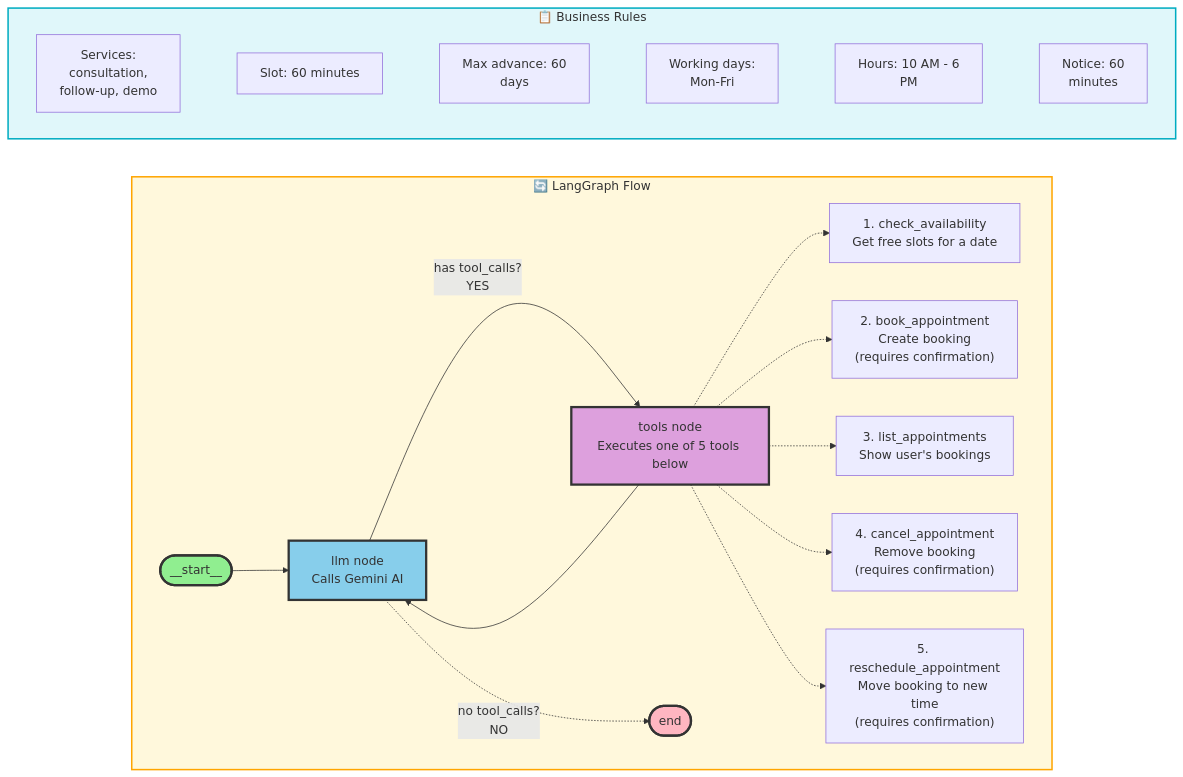
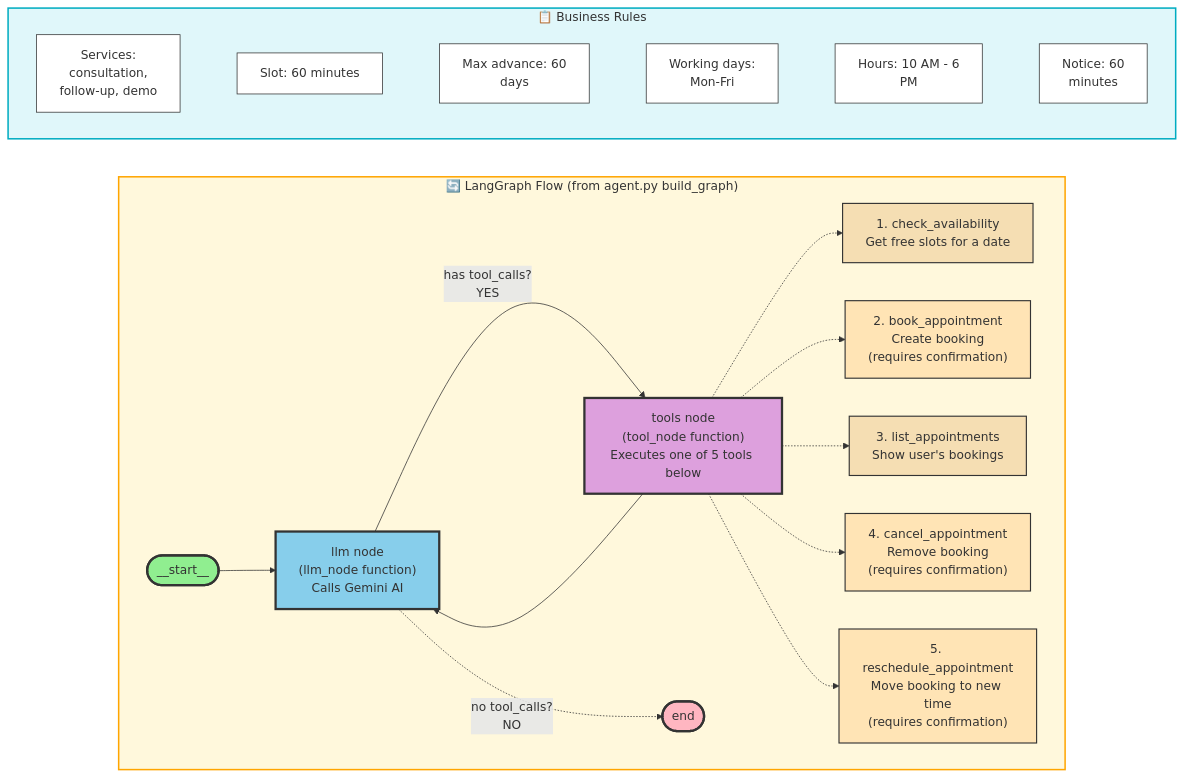
The diagram in README.md (SoftCr8ors/AI-Appointment-Booking-Agent), drawn with Mermaid before and after one commit.

Commit message:
Update mermaid diagram with full styles and details

````diff
--- a/README.md
+++ b/README.md
@@ -28,48 +28,61 @@
 ```mermaid
 flowchart TB
     subgraph RULES["📋 Business Rules"]
         direction LR
         R1["Services:<br/>consultation,<br/>follow-up, demo"]
         R2["Slot: 60 minutes"]
         R3["Max advance: 60<br/>days"]
         R4["Working days:<br/>Mon-Fri"]
         R5["Hours: 10 AM - 6<br/>PM"]
         R6["Notice: 60<br/>minutes"]
 
         R1 ~~~ R2 ~~~ R3 ~~~ R4 ~~~ R5 ~~~ R6
     end
 
-    subgraph FLOW["🔄 LangGraph Flow"]
+    subgraph FLOW["🔄 LangGraph Flow (from agent.py build_graph)"]
         START(["__start__"])
-        LLM["llm node<br/>Calls Gemini AI"]
-        TOOLS["tools node<br/>Executes one of 5 tools below"]
+        LLM["llm node<br/>(llm_node function)<br/>Calls Gemini AI"]
+        TOOLS["tools node<br/>(tool_node function)<br/>Executes one of 5 tools below"]
         END(["end"])
 
         T1["1. check_availability<br/>Get free slots for a date"]
         T2["2. book_appointment<br/>Create booking<br/>(requires confirmation)"]
         T3["3. list_appointments<br/>Show user's bookings"]
         T4["4. cancel_appointment<br/>Remove booking<br/>(requires confirmation)"]
         T5["5. reschedule_appointment<br/>Move booking to new time<br/>(requires confirmation)"]
 
         START --> LLM
         LLM -->|"has tool_calls?<br/>YES"| TOOLS
         LLM -.->|"no tool_calls?<br/>NO"| END
         TOOLS --> LLM
 
         TOOLS -.-> T1
         TOOLS -.-> T2
         TOOLS -.-> T3
         TOOLS -.-> T4
         TOOLS -.-> T5
     end
 
     RULES ~~~ FLOW
 
     style RULES fill:#E0F7FA,stroke:#00ACC1,stroke-width:2px
     style FLOW fill:#FFF8DC,stroke:#FFA500,stroke-width:2px
 
     style START fill:#90EE90,stroke:#333,stroke-width:3px
     style LLM fill:#87CEEB,stroke:#333,stroke-width:3px
     style TOOLS fill:#DDA0DD,stroke:#333,stroke-width:3px
     style END fill:#FFB6C1,stroke:#333,stroke-width:3px
+
+    style R1 fill:#FFF,stroke:#333,stroke-width:1px
+    style R2 fill:#FFF,stroke:#333,stroke-width:1px
+    style R3 fill:#FFF,stroke:#333,stroke-width:1px
+    style R4 fill:#FFF,stroke:#333,stroke-width:1px
+    style R5 fill:#FFF,stroke:#333,stroke-width:1px
+    style R6 fill:#FFF,stroke:#333,stroke-width:1px
+
+    style T1 fill:#F5DEB3,stroke:#333,stroke-width:1.5px
+    style T2 fill:#FFE4B5,stroke:#333,stroke-width:1.5px
+    style T3 fill:#F5DEB3,stroke:#333,stroke-width:1.5px
+    style T4 fill:#FFE4B5,stroke:#333,stroke-width:1.5px
+    style T5 fill:#FFE4B5,stroke:#333,stroke-width:1.5px
 ```
````
